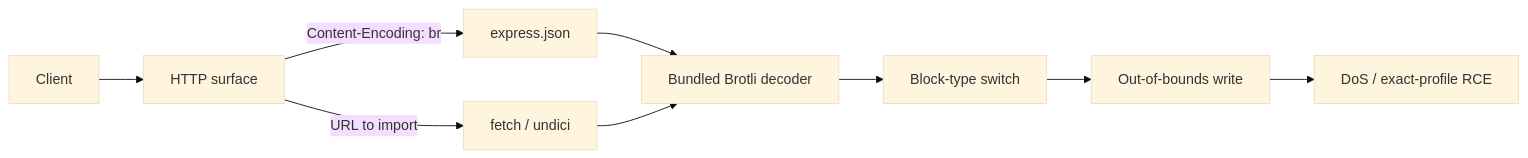
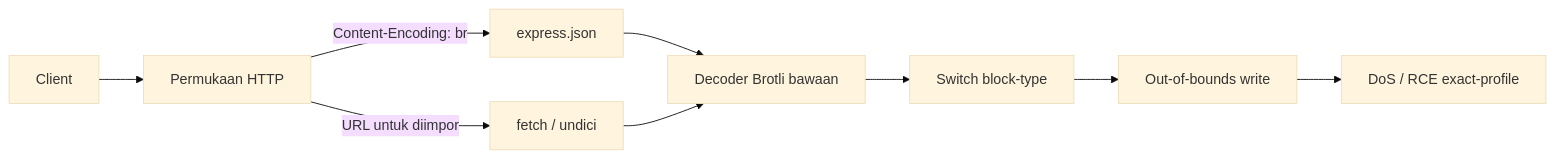
The diagram in README.md (delvin-45/node2shell-lab-poc), drawn with Mermaid (base theme) before and after one commit. The commit also changed other lines of this file, not shown here.

````diff
--- a/README.md
+++ b/README.md
@@ -78,11 +78,11 @@
 ```mermaid
 flowchart LR
-  C[Client] --> S[HTTP surface]
+  C[Client] --> S[Permukaan HTTP]
   S -->|"Content-Encoding: br"| P[express.json]
-  S -->|"URL to import"| F[fetch / undici]
-  P --> D[Bundled Brotli decoder]
+  S -->|"URL untuk diimpor"| F[fetch / undici]
+  P --> D[Decoder Brotli bawaan]
   F --> D
-  D --> B[Block-type switch]
+  D --> B[Switch block-type]
   B --> O[Out-of-bounds write]
-  O --> X[DoS / exact-profile RCE]
+  O --> X[DoS / RCE exact-profile]
 ```
````
